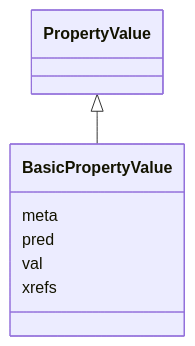
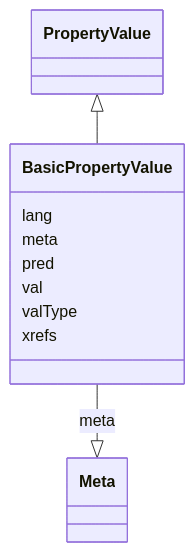
One commit to cthoyt/ontology-access-kit changed the diagram in obograph/BasicPropertyValue.md. Above: the diagram before and after it, drawn with Mermaid. The commit also changed other lines of this file and 3287 other files, not shown here.

````diff
--- a/obograph/BasicPropertyValue.md
+++ b/obograph/BasicPropertyValue.md
@@ -11,11 +14,21 @@
 ```{mermaid}
  classDiagram
     class BasicPropertyValue
       PropertyValue <|-- BasicPropertyValue
       
+      BasicPropertyValue : lang
+        
       BasicPropertyValue : meta
+        
+          BasicPropertyValue --|> Meta : meta
+        
       BasicPropertyValue : pred
+        
       BasicPropertyValue : val
+        
+      BasicPropertyValue : valType
+        
       BasicPropertyValue : xrefs
+        
       
 ```
````
